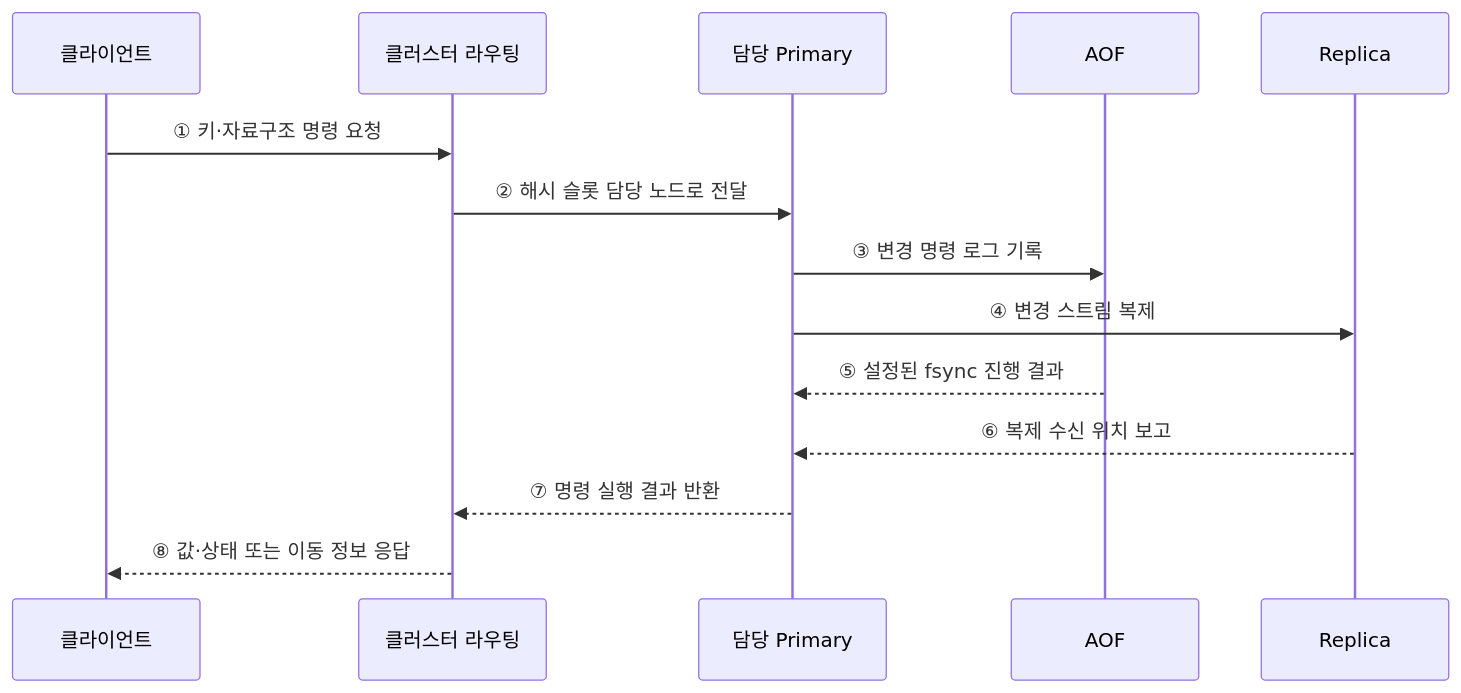
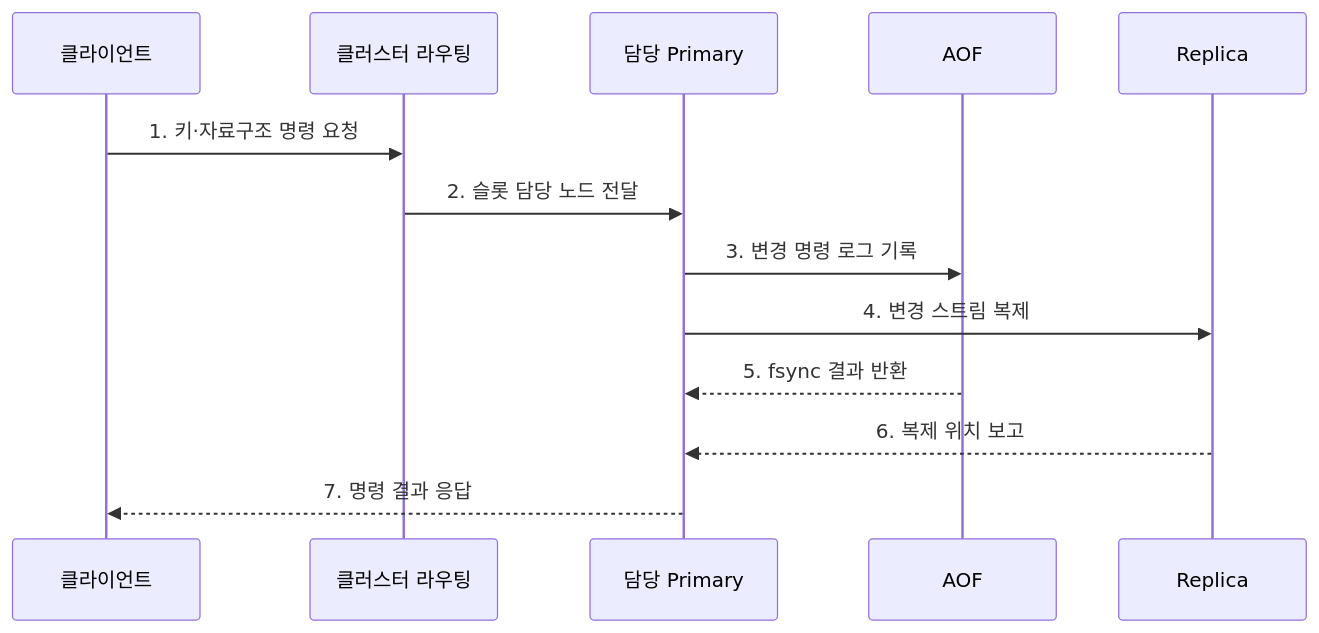
The second of 2 diagrams in src/content/docs/notes/03-software/107_redis_in_memory_database.md (agnusdei1207/knowledge-base), drawn with Mermaid before and after one commit. The commit also changed other lines of this file and 20 other files, not shown here.

````diff
--- a/src/content/docs/notes/03-software/107_redis_in_memory_database.md
+++ b/src/content/docs/notes/03-software/107_redis_in_memory_database.md
@@ -73,16 +80,15 @@
 ```mermaid
 sequenceDiagram
     participant C as 클라이언트
     participant R as 클러스터 라우팅
     participant P as 담당 Primary
     participant A as AOF
     participant S as Replica
-    C->>R: ① 키·자료구조 명령 요청
-    R->>P: ② 해시 슬롯 담당 노드로 전달
-    P->>A: ③ 변경 명령 로그 기록
-    P->>S: ④ 변경 스트림 복제
-    A-->>P: ⑤ 설정된 fsync 진행 결과
-    S-->>P: ⑥ 복제 수신 위치 보고
-    P-->>R: ⑦ 명령 실행 결과 반환
-    R-->>C: ⑧ 값·상태 또는 이동 정보 응답
+    C->>R: 1. 키·자료구조 명령 요청
+    R->>P: 2. 슬롯 담당 노드 전달
+    P->>A: 3. 변경 명령 로그 기록
+    P->>S: 4. 변경 스트림 복제
+    A-->>P: 5. fsync 결과 반환
+    S-->>P: 6. 복제 위치 보고
+    P-->>C: 7. 명령 결과 응답
 ```
````
